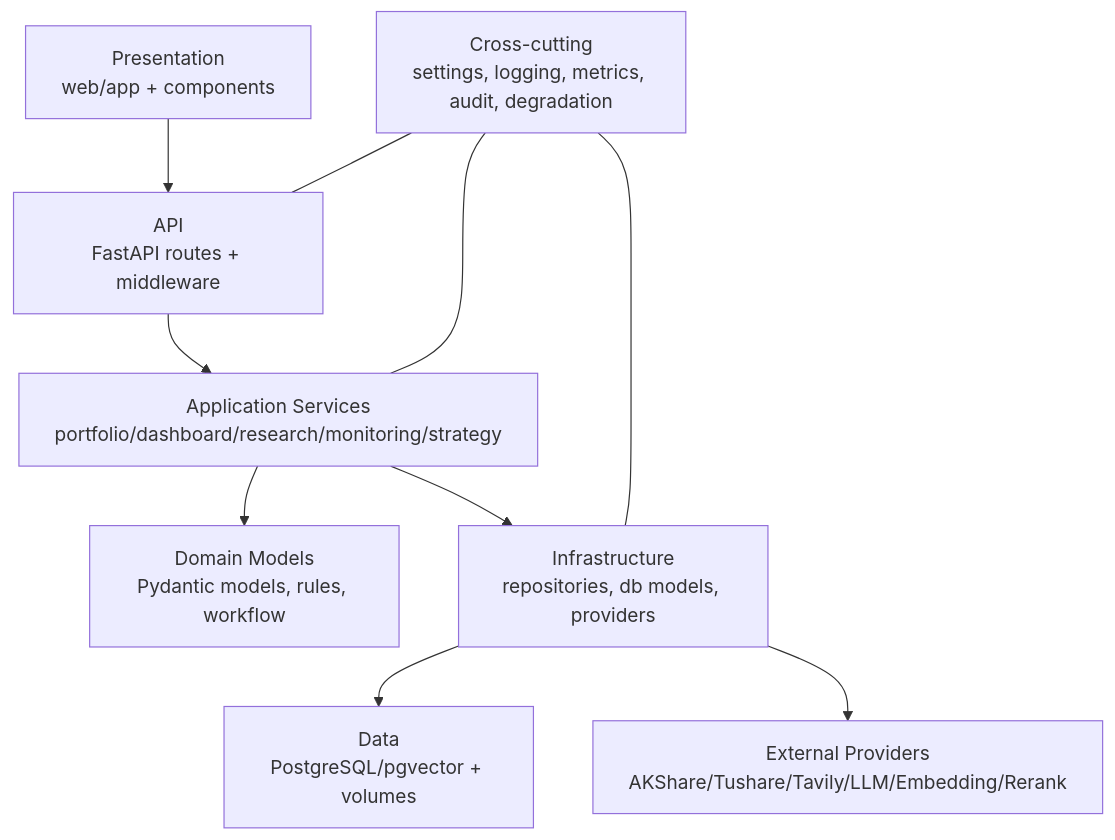
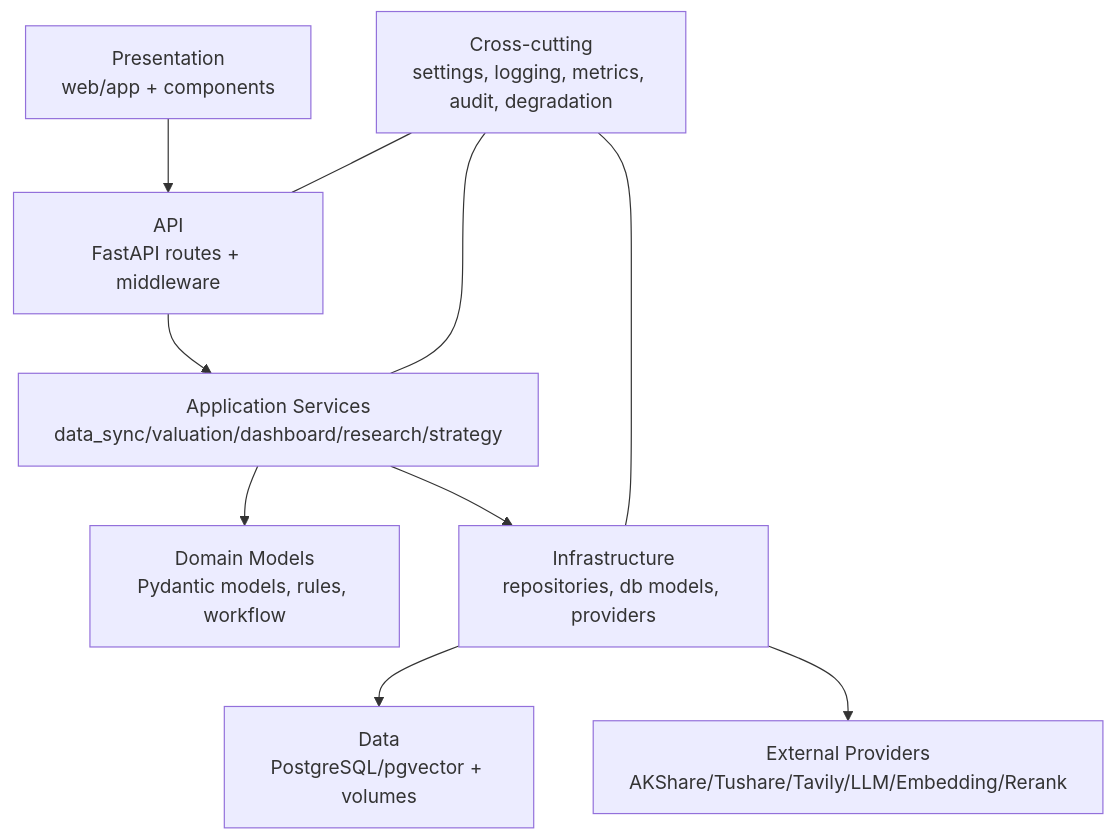
Before and after one commit to RickyW0529/Margin: the fourth of 11 diagrams in docs/design/v0.2/architecture/Margin_Architecture_Design_v0.2_EN.md, drawn with Mermaid. The commit also changed other lines of this file and 469 other files, not shown here.

First line of the commit message:
fix(research,dashboard): repair deepseek-broken files; wire frontend↔backend through; refactor UI shell

````diff
--- a/docs/design/v0.2/architecture/Margin_Architecture_Design_v0.2_EN.md
+++ b/docs/design/v0.2/architecture/Margin_Architecture_Design_v0.2_EN.md
@@ -102,21 +406,21 @@
 ```mermaid
 flowchart TB
     UI[Presentation<br/>web/app + components]
     API[API<br/>FastAPI routes + middleware]
-    APP[Application Services<br/>portfolio/dashboard/research/monitoring/strategy]
+    APP[Application Services<br/>data_sync/valuation/dashboard/research/strategy]
     DOMAIN[Domain Models<br/>Pydantic models, rules, workflow]
     INFRA[Infrastructure<br/>repositories, db models, providers]
     DATA[Data<br/>PostgreSQL/pgvector + volumes]
     EXT[External Providers<br/>AKShare/Tushare/Tavily/LLM/Embedding/Rerank]
     CROSS[Cross-cutting<br/>settings, logging, metrics, audit, degradation]
 
     UI --> API
     API --> APP
     APP --> DOMAIN
     APP --> INFRA
     INFRA --> DATA
     INFRA --> EXT
     CROSS --- API
     CROSS --- APP
     CROSS --- INFRA
 ```
````
